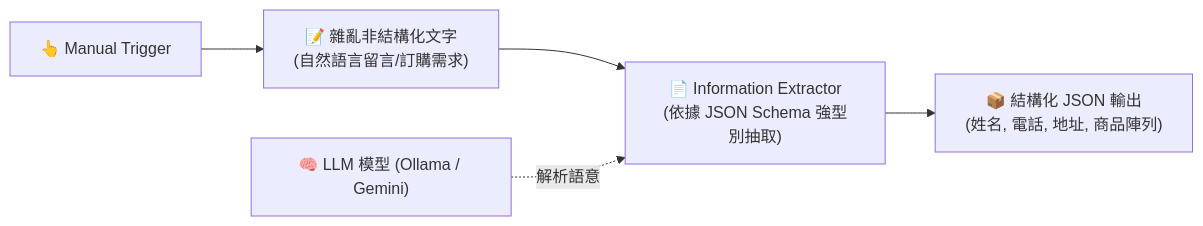
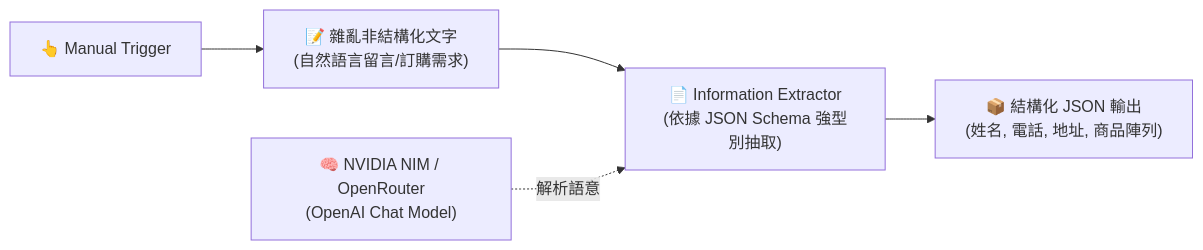
The diagram in AI_Agent/Information_Extractor/README.md (roberthsu2003/n8n), drawn with Mermaid before and after one commit. The commit also changed other lines of this file and 12 other files, not shown here.

````diff
--- a/AI_Agent/Information_Extractor/README.md
+++ b/AI_Agent/Information_Extractor/README.md
@@ -13,7 +17,7 @@
 ```mermaid
 flowchart LR
     Trigger["👆 Manual Trigger"] --> RawInput["📝 雜亂非結構化文字<br/>(自然語言留言/訂購需求)"]
     RawInput --> Extractor["📄 Information Extractor<br/>(依據 JSON Schema 強型別抽取)"]
-    Model["🧠 LLM 模型 (Ollama / Gemini)"] -.->|解析語意| Extractor
+    Model["🧠 NVIDIA NIM / OpenRouter<br/>(OpenAI Chat Model)"] -.->|解析語意| Extractor
     Extractor --> JSONOutput["📦 結構化 JSON 輸出<br/>(姓名, 電話, 地址, 商品陣列)"]
 ```
````
